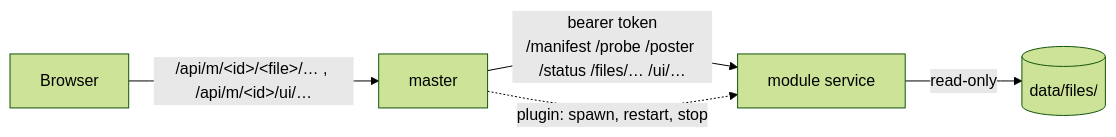
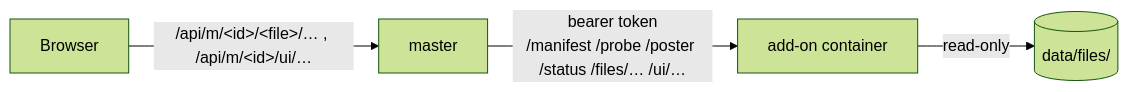
The diagram in docs/modules.md (jameelhamdan/fafnirx), drawn with Mermaid (forest theme) before and after one commit. The commit also changed other lines of this file and 103 other files, not shown here.

````diff
--- a/docs/modules.md
+++ b/docs/modules.md
@@ -18,7 +28,6 @@
 ```mermaid
 flowchart LR
     B["Browser"] -- "/api/m/&lt;id&gt;/&lt;file&gt;/… , /api/m/&lt;id&gt;/ui/…" --> M["master"]
-    M -- "bearer token<br/>/manifest /probe /poster /status /files/… /ui/…" --> S["module service"]
+    M -- "bearer token<br/>/manifest /probe /poster /status /files/… /ui/…" --> S["add-on container"]
     S -- "read-only" --> F[("data/files/")]
-    M -. "plugin: spawn, restart, stop" .-> S
 ```
````
